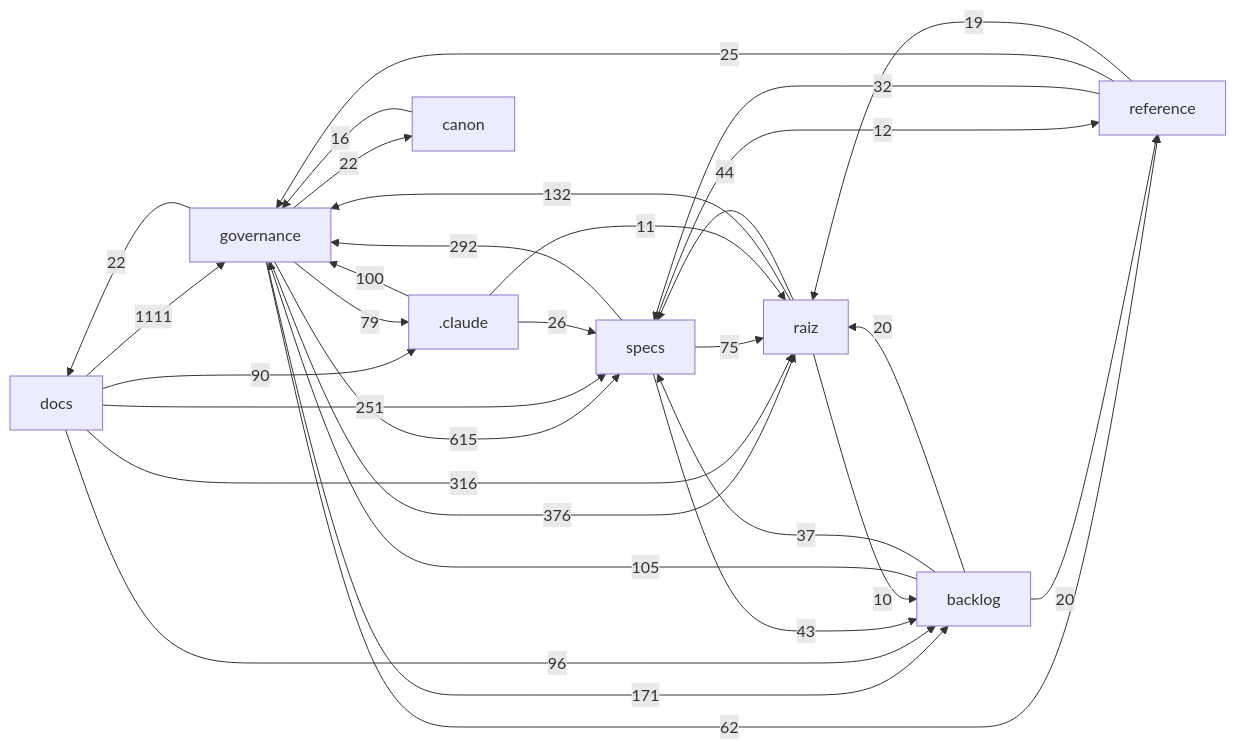
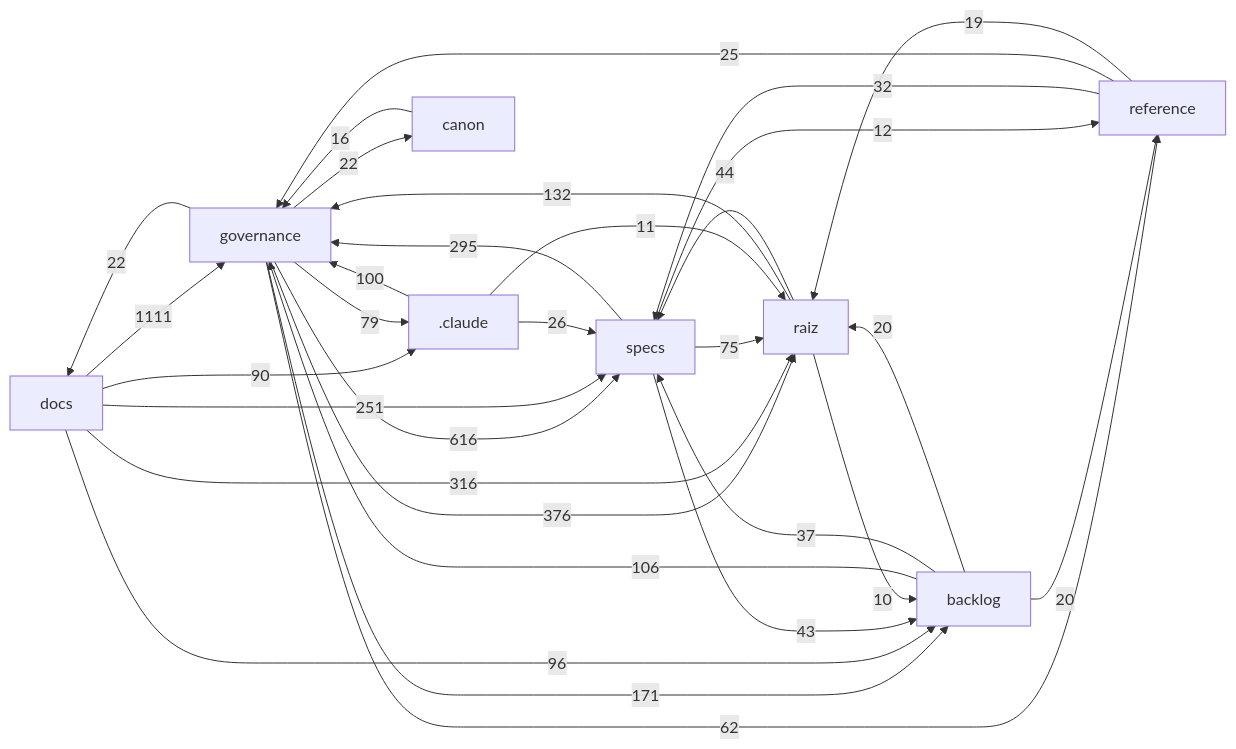
One commit to Andraus35/Sistema-Operacional-de-Trading--SOT changed the diagram in docs/mapa/MAPA-PROJETO.md. Above: the diagram before and after it, drawn with Mermaid. The commit also changed other lines of this file and 6 other files, not shown here.

````diff
--- a/docs/mapa/MAPA-PROJETO.md
+++ b/docs/mapa/MAPA-PROJETO.md
@@ -29,33 +29,33 @@
 ```mermaid
 flowchart LR
   docs["docs"] -->|1111| governance["governance"]
-  governance["governance"] -->|615| specs["specs"]
+  governance["governance"] -->|616| specs["specs"]
   governance["governance"] -->|376| raiz["raiz"]
   docs["docs"] -->|316| raiz["raiz"]
-  specs["specs"] -->|292| governance["governance"]
+  specs["specs"] -->|295| governance["governance"]
   docs["docs"] -->|251| specs["specs"]
   governance["governance"] -->|171| backlog["backlog"]
   raiz["raiz"] -->|132| governance["governance"]
-  backlog["backlog"] -->|105| governance["governance"]
+  backlog["backlog"] -->|106| governance["governance"]
   _claude[".claude"] -->|100| governance["governance"]
   docs["docs"] -->|96| backlog["backlog"]
   docs["docs"] -->|90| _claude[".claude"]
   governance["governance"] -->|79| _claude[".claude"]
   specs["specs"] -->|75| raiz["raiz"]
   governance["governance"] -->|62| reference["reference"]
   raiz["raiz"] -->|44| specs["specs"]
   specs["specs"] -->|43| backlog["backlog"]
   backlog["backlog"] -->|37| specs["specs"]
   reference["reference"] -->|32| specs["specs"]
   _claude[".claude"] -->|26| specs["specs"]
   reference["reference"] -->|25| governance["governance"]
   governance["governance"] -->|22| docs["docs"]
   governance["governance"] -->|22| canon["canon"]
   backlog["backlog"] -->|20| raiz["raiz"]
   backlog["backlog"] -->|20| reference["reference"]
   reference["reference"] -->|19| raiz["raiz"]
   canon["canon"] -->|16| governance["governance"]
   specs["specs"] -->|12| reference["reference"]
   _claude[".claude"] -->|11| raiz["raiz"]
   raiz["raiz"] -->|10| backlog["backlog"]
 ```
````
